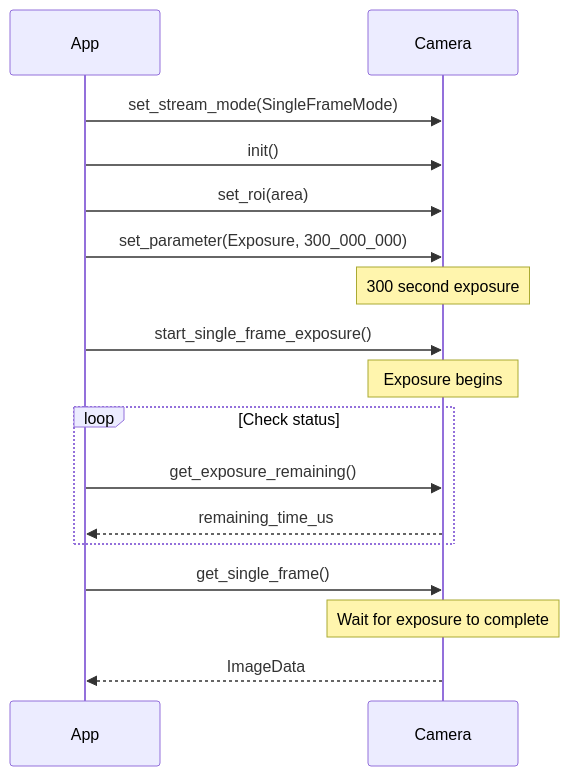
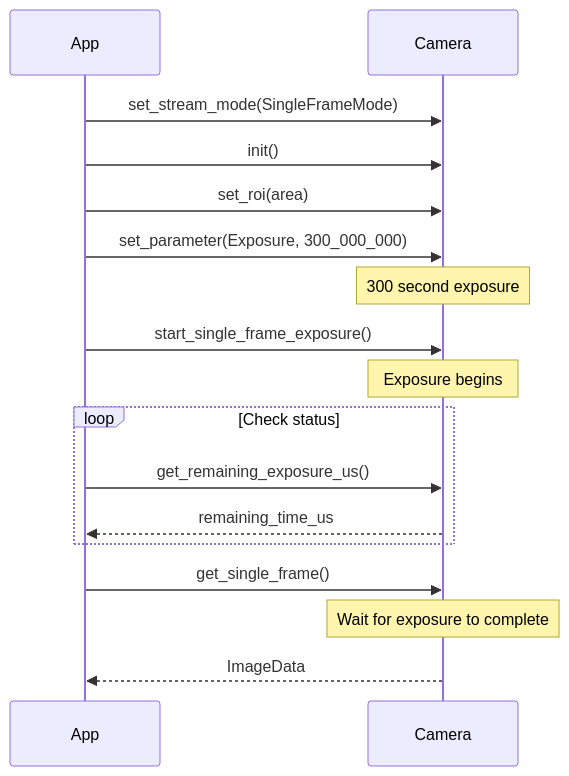
Before and after one commit to ivonnyssen/qhyccd-rs: diagram 16 of 19 in docs/qhyccd-rs.md, drawn with Mermaid. The commit also changed other lines of this file and 3 other files, not shown here.

````diff
--- a/docs/qhyccd-rs.md
+++ b/docs/qhyccd-rs.md
@@ -864,23 +864,23 @@
 ```mermaid
 sequenceDiagram
     participant App
     participant Camera
 
     App->>Camera: set_stream_mode(SingleFrameMode)
     App->>Camera: init()
     App->>Camera: set_roi(area)
     App->>Camera: set_parameter(Exposure, 300_000_000)
     Note over Camera: 300 second exposure
 
     App->>Camera: start_single_frame_exposure()
     Note over Camera: Exposure begins
 
     loop Check status
-        App->>Camera: get_exposure_remaining()
+        App->>Camera: get_remaining_exposure_us()
         Camera-->>App: remaining_time_us
     end
 
     App->>Camera: get_single_frame()
     Note over Camera: Wait for exposure to complete
     Camera-->>App: ImageData
 ```
````
